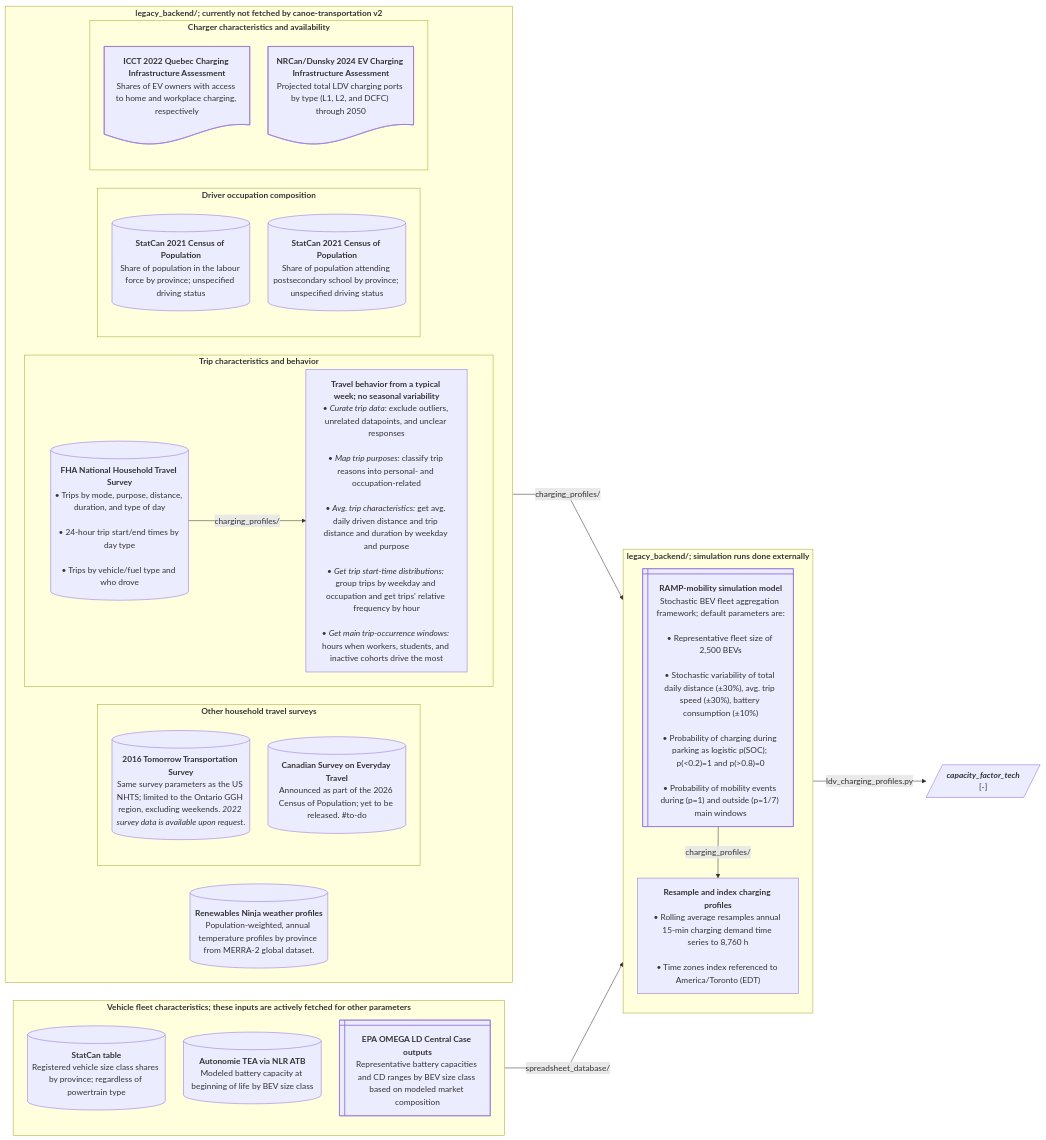
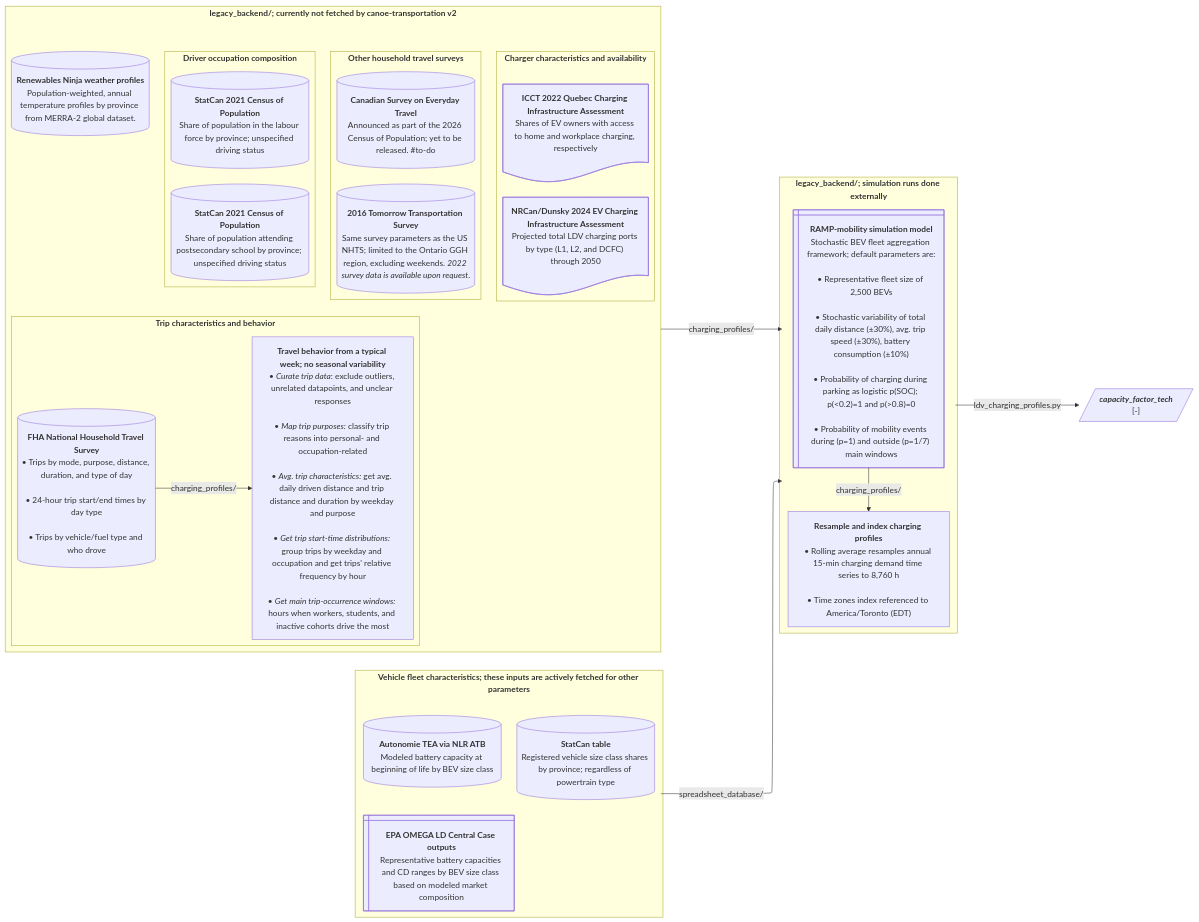
Before and after one commit to CANOE-main/canoe-transportation: diagram 14 of 14 in README.md, drawn with Mermaid. The commit also changed other lines of this file and 39 other files, not shown here.

First line of the commit message:
Add technology growth evidence acquisition and diagnostics; updated mermaid flowcharts to render with elk layout.

````diff
--- a/README.md
+++ b/README.md
@@ -1282,17 +1262,16 @@
 ```mermaid
 ---
 config:
-  layout: dagre
+  layout: elk
   flowchart:
     nodeSpacing: 35
     rankSpacing: 50
     wrappingWidth: 250
-    curve: linear
 ---
 flowchart LR
-  %% ########### Sources ###########
+  %% ############ Sources ###########
   subgraph vehicle["`**Vehicle fleet characteristics; these inputs are actively fetched for other parameters**`"]
-    direction TB
+    direction LR
     s3[("`**StatCan table**
       Registered vehicle size class shares by province; regardless of powertrain type`")]
     s8[("`**Autonomie TEA via NLR ATB**
@@ -1302,6 +1281,7 @@
   end
 
   subgraph legacy["`**legacy_backend/; currently not fetched by canoe-transportation v2**`"]
+    direction TB
     s0[("`**Renewables Ninja weather profiles**
       Population-weighted, annual temperature profiles by province from MERRA-2 global dataset.`")]
     direction LR
@@ -1328,6 +1308,7 @@
     end
 
     subgraph driver["`**Driver occupation composition**`"]
+      direction LR
       s4[("`**StatCan 2021 Census of Population**
         Share of population in the labour force by province; unspecified driving status`")]
       s5[("`**StatCan 2021 Census of Population**
@@ -1335,6 +1316,7 @@
     end
 
     subgraph charger["`**Charger characteristics and availability**`"]
+      direction LR
       s6@{shape: doc, label: "**ICCT 2022 Quebec Charging Infrastructure Assessment**
         Shares of EV owners with access to home and workplace charging, respectively"}
       s7@{shape: doc, label: "**NRCan/Dunsky 2024 EV Charging Infrastructure Assessment**
@@ -1342,7 +1324,7 @@
     end
   end
 
-  %% ########### Processes ###########
+  %% ############ Processes ###########
   subgraph ramp["`**legacy_backend/; simulation runs done externally**`"]
     direction TB
     p2@{shape: win-pane, label: "**RAMP-mobility simulation model**
````
